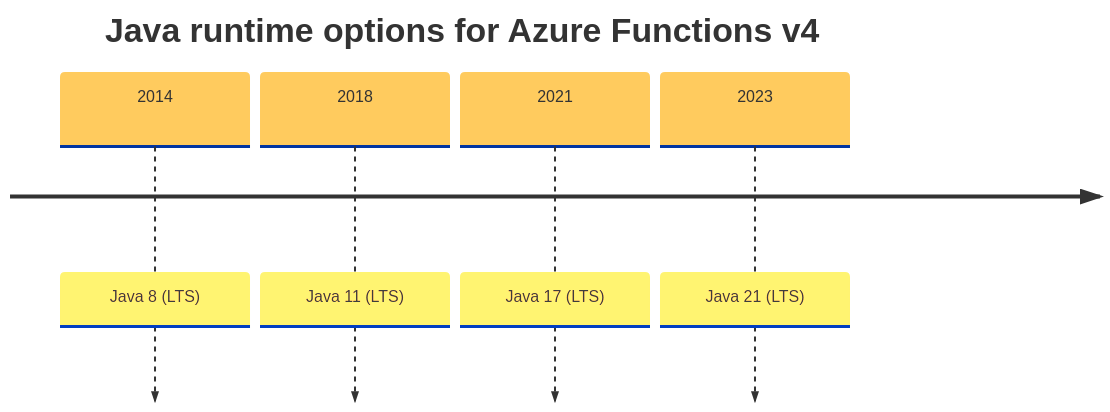
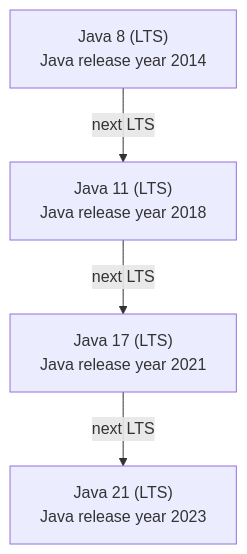
The first of 2 diagrams in docs/language-guides/java/java-runtime.md (yeongseon/azure-functions-practical-guide), drawn with Mermaid before and after one commit. The commit also changed other lines of this file and 3 other files, not shown here.

Commit message:
docs(diagrams): replace Java version timeline with labelled release-order flow and qualify Java diagram provenance (#602)

````diff
--- a/docs/language-guides/java/java-runtime.md
+++ b/docs/language-guides/java/java-runtime.md
@@ -32,11 +33,8 @@
 ```mermaid
-%%{init: {"timeline":{"padding":8,"disableMulticolor":true},"theme":"base","fontSize":32,"themeVariables":{"fontSize":"16px"},"themeCSS":".timeline-node text{font-size:32px;fill:#14202e;} .timeline-node .node-bkg{fill:#e2e8f0;} .eventWrapper{filter:none;} text:not([dy]){font-size:32px;text-anchor:middle;fill:var(--md-default-fg-color);} .lineWrapper line{stroke:var(--md-default-fg-color);}"}}%%
-timeline
-    accTitle: Four Java LTS generations used by Azure Functions
-    accDescr: The timeline pairs 2014 with Java 8 LTS, 2018 with Java 11 LTS, 2021 with Java 17 LTS, and 2023 with Java 21 LTS. It depicts four Java generations, not a complete current support list or the dates Azure Functions adopted them.
-    title Java runtime options for Azure Functions v4
-    2014 : Java 8 (LTS)
-    2018 : Java 11 (LTS)
-    2021 : Java 17 (LTS)
-    2023 : Java 21 (LTS)
+flowchart TD
+    accTitle: Four Java LTS releases listed as Functions v4 Java options
+    accDescr: Top to bottom, the figure orders four Java long-term-support releases by Java release year, which is general Java history and not the date Azure Functions added each version, from Java 8 in 2014 through Java 11 in 2018 and Java 17 in 2021 to Java 21 in 2023. It is a subset, not a complete current support list; arrows show release order, not an upgrade path.
+    A["Java 8 (LTS)<br/>Java release year 2014"] -->|"next LTS"| B["Java 11 (LTS)<br/>Java release year 2018"]
+    B -->|"next LTS"| C["Java 17 (LTS)<br/>Java release year 2021"]
+    C -->|"next LTS"| D["Java 21 (LTS)<br/>Java release year 2023"]
 ```
````
